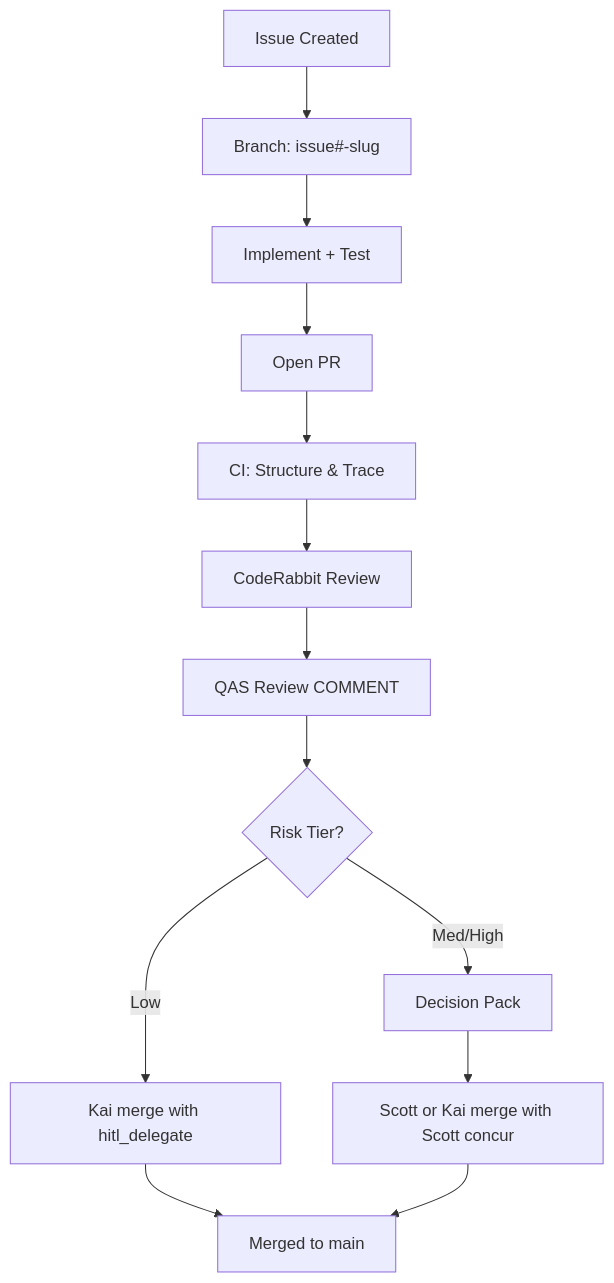
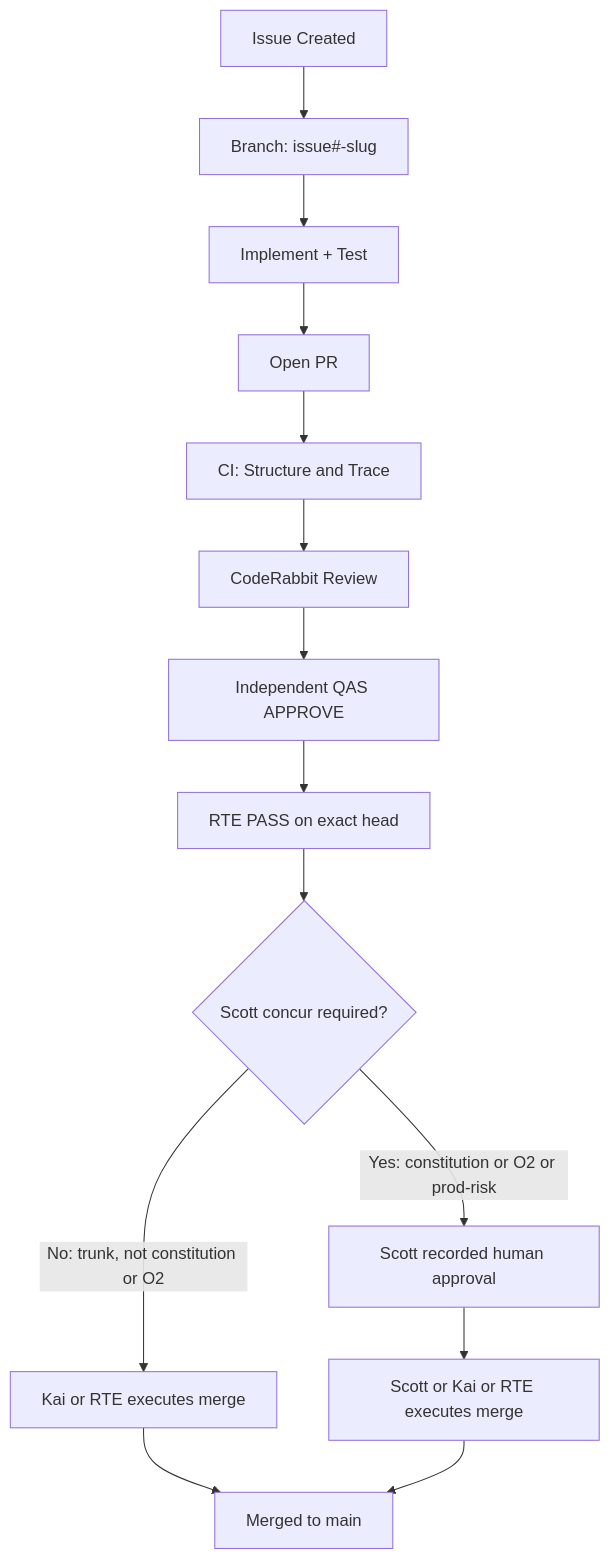
One commit to bybren-llc/safe-harness changed the diagram in README.md. Above: the diagram before and after it, drawn with Mermaid. The commit also changed other lines of this file and 8 other files, not shown here.

Commit message:
constitution: merge authority by risk tier and environment

````diff
--- a/README.md
+++ b/README.md
@@ -83,15 +83,16 @@
 ```mermaid
 graph TD
     A[Issue Created] --> B[Branch: issue#-slug]
     B --> C[Implement + Test]
     C --> D[Open PR]
-    D --> E[CI: Structure & Trace]
+    D --> E[CI: Structure and Trace]
     E --> F[CodeRabbit Review]
-    F --> G[QAS Review COMMENT]
-    G --> H{Risk Tier?}
-    H -->|Low| I[Kai merge with hitl_delegate]
-    H -->|Med/High| J[Decision Pack]
-    J --> K[Scott or Kai merge with Scott concur]
-    I --> L[Merged to main]
-    K --> L
+    F --> G[Independent QAS APPROVE]
+    G --> H[RTE PASS on exact head]
+    H --> I{Scott concur required?}
+    I -->|No: trunk, not constitution or O2| J[Kai or RTE executes merge]
+    I -->|Yes: constitution or O2 or prod-risk| K[Scott recorded human approval]
+    K --> L[Scott or Kai or RTE executes merge]
+    J --> M[Merged to main]
+    L --> M
 ```
````
